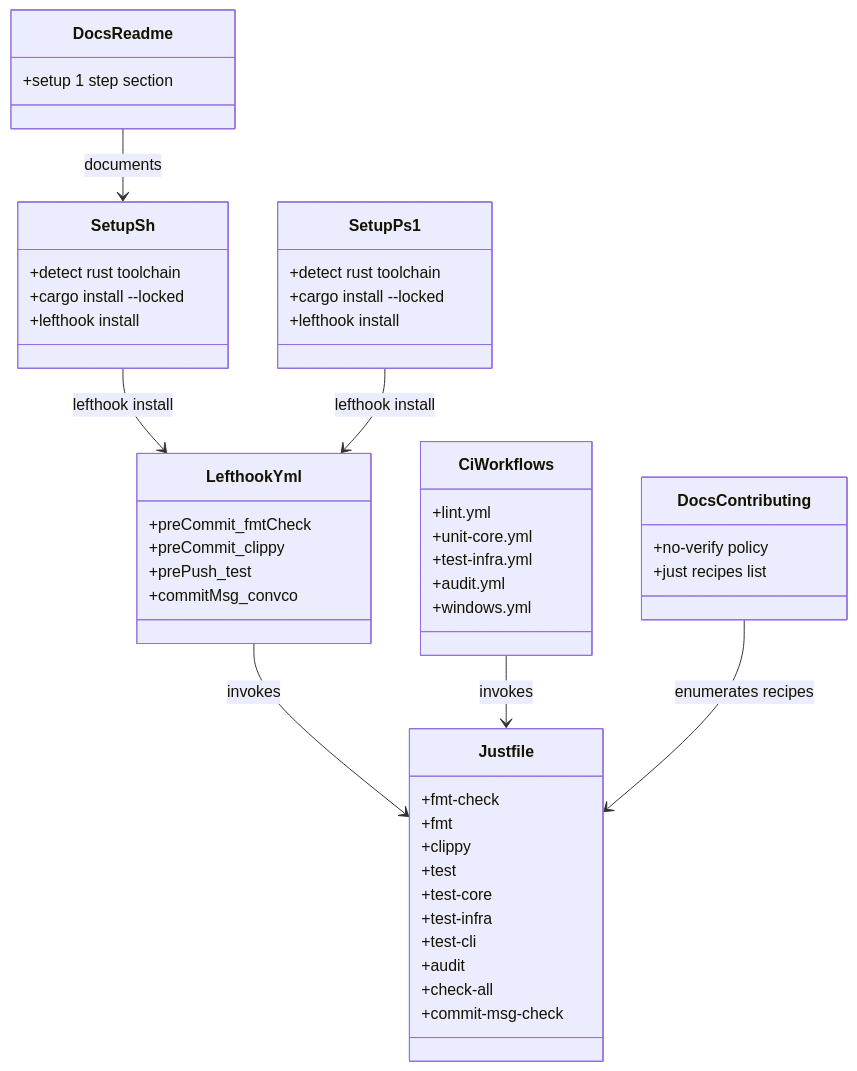
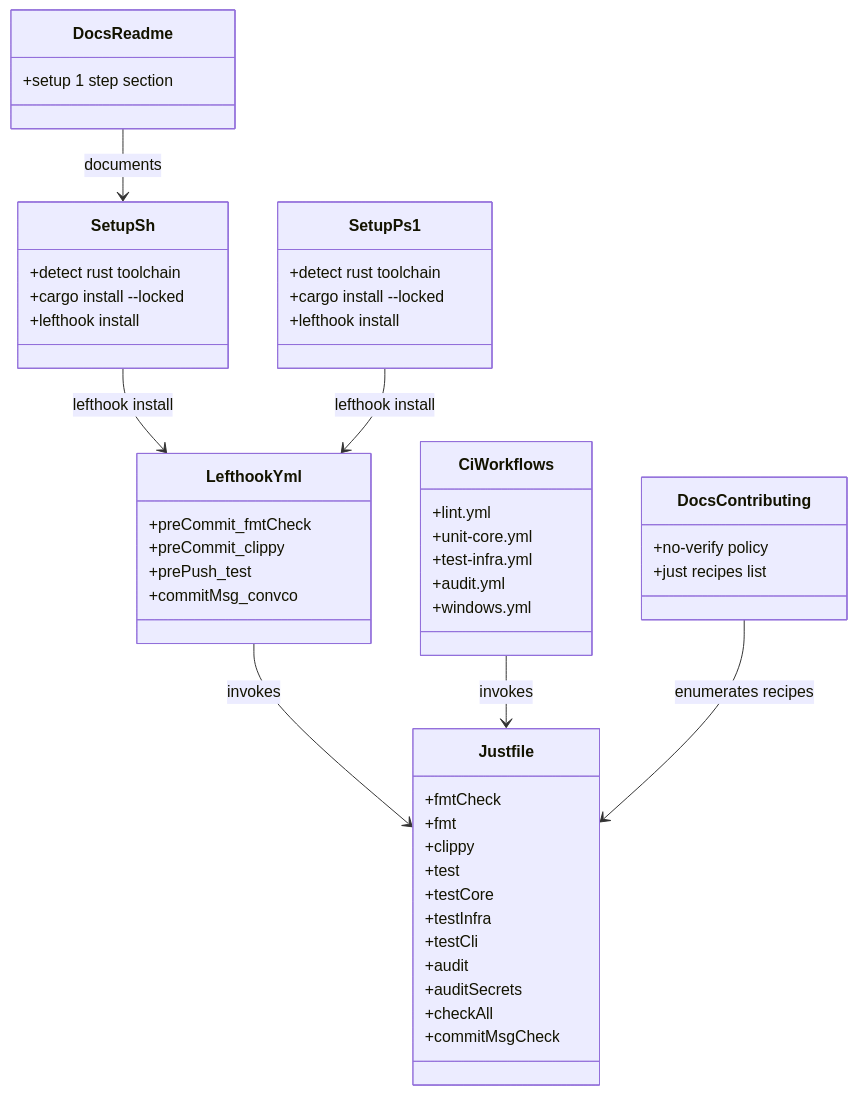
Before and after one commit to shikomi-dev/shikomi: the first of 3 diagrams in docs/features/dev-workflow/basic-design.md, drawn with Mermaid. The commit also changed other lines of this file and 4 other files, not shown here.

````diff
--- a/docs/features/dev-workflow/basic-design.md
+++ b/docs/features/dev-workflow/basic-design.md
@@ -50,52 +55,53 @@
 ```mermaid
 classDiagram
     class Justfile {
-        +fmt-check
+        +fmtCheck
         +fmt
         +clippy
         +test
-        +test-core
-        +test-infra
-        +test-cli
+        +testCore
+        +testInfra
+        +testCli
         +audit
-        +check-all
-        +commit-msg-check
+        +auditSecrets
+        +checkAll
+        +commitMsgCheck
     }
     class LefthookYml {
         +preCommit_fmtCheck
         +preCommit_clippy
         +prePush_test
         +commitMsg_convco
     }
     class SetupSh {
         +detect rust toolchain
         +cargo install --locked
         +lefthook install
     }
     class SetupPs1 {
         +detect rust toolchain
         +cargo install --locked
         +lefthook install
     }
     class CiWorkflows {
         +lint.yml
         +unit-core.yml
         +test-infra.yml
         +audit.yml
         +windows.yml
     }
     class DocsReadme {
         +setup 1 step section
     }
     class DocsContributing {
         +no-verify policy
         +just recipes list
     }
 
     LefthookYml --> Justfile : invokes
     SetupSh --> LefthookYml : lefthook install
     SetupPs1 --> LefthookYml : lefthook install
     CiWorkflows --> Justfile : invokes
     DocsReadme --> SetupSh : documents
     DocsContributing --> Justfile : enumerates recipes
 ```
````
